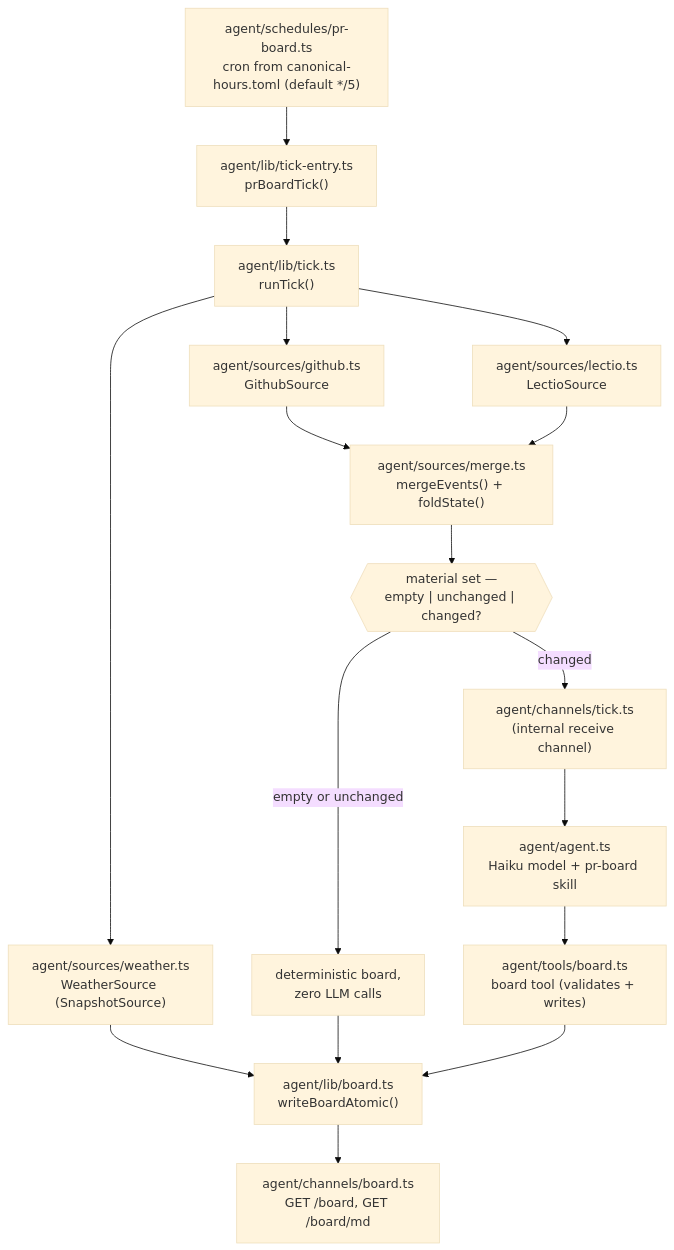
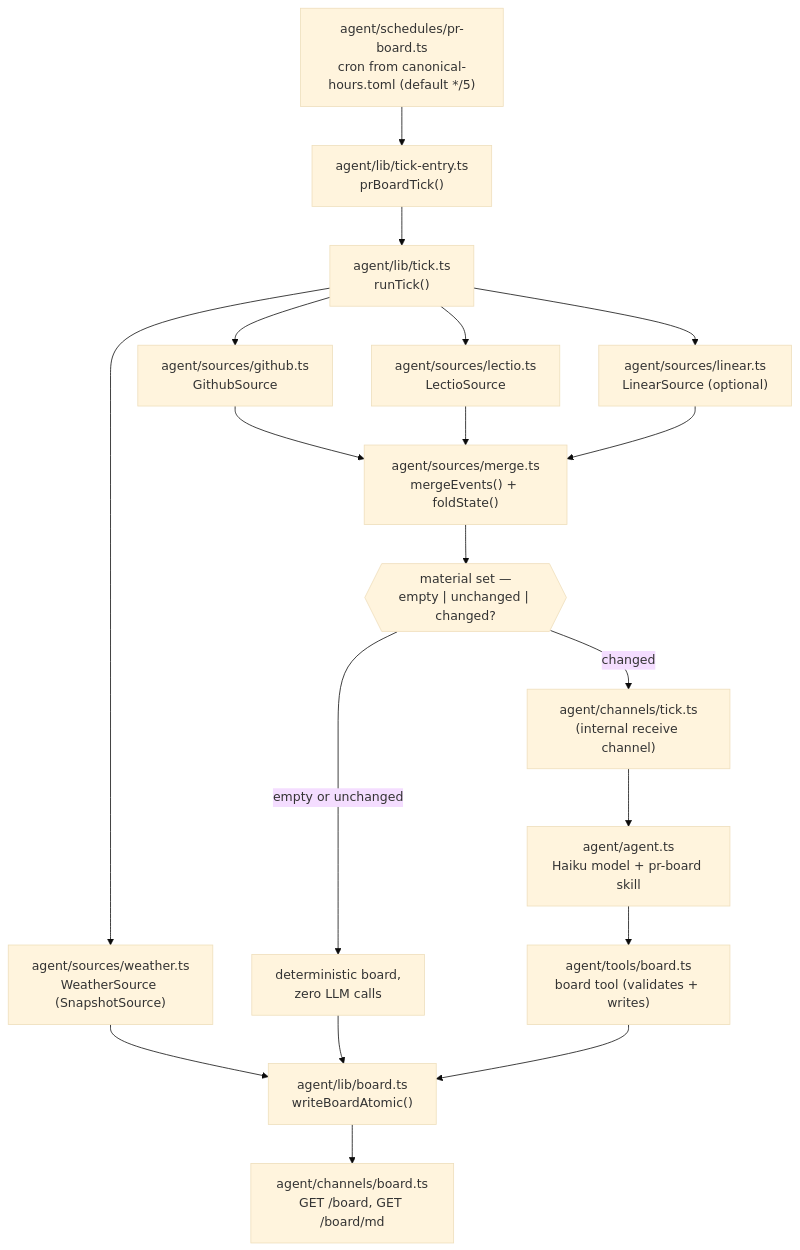
The first of 2 diagrams in docs/ARCHITECTURE.md (agentic-research/canonical-hours), drawn with Mermaid (base theme) before and after one commit. The commit also changed other lines of this file and 2 other files, not shown here.

Commit message:
[canonical-hours-5a05eb] docs: document Linear as a fourth board data source (not a second board)

````diff
--- a/docs/ARCHITECTURE.md
+++ b/docs/ARCHITECTURE.md
@@ -15,32 +16,35 @@
 ```mermaid
 graph TB
     CRON["agent/schedules/pr-board.ts<br/>cron from canonical-hours.toml (default */5)"]
     ENTRY["agent/lib/tick-entry.ts<br/>prBoardTick()"]
     TICK["agent/lib/tick.ts<br/>runTick()"]
 
     GH["agent/sources/github.ts<br/>GithubSource"]
     LEC["agent/sources/lectio.ts<br/>LectioSource"]
+    LIN["agent/sources/linear.ts<br/>LinearSource (optional)"]
     MERGE["agent/sources/merge.ts<br/>mergeEvents() + foldState()"]
     SNAP["agent/sources/weather.ts<br/>WeatherSource (SnapshotSource)"]
 
     QUIET{{"material set —<br/>empty | unchanged | changed?"}}
     TEMPLATE["deterministic board,\nzero LLM calls"]
     CHAN["agent/channels/tick.ts<br/>(internal receive channel)"]
     HAIKU["agent/agent.ts<br/>Haiku model + pr-board skill"]
     TOOL["agent/tools/board.ts<br/>board tool (validates + writes)"]
 
     BOARDLIB["agent/lib/board.ts<br/>writeBoardAtomic()"]
     HTTP["agent/channels/board.ts<br/>GET /board, GET /board/md"]
 
     CRON --> ENTRY --> TICK
     TICK --> GH
     TICK --> LEC
+    TICK --> LIN
     TICK --> SNAP
     GH --> MERGE
     LEC --> MERGE
+    LIN --> MERGE
     MERGE --> QUIET
     SNAP --> BOARDLIB
     QUIET -->|empty or unchanged| TEMPLATE --> BOARDLIB
     QUIET -->|changed| CHAN --> HAIKU --> TOOL --> BOARDLIB
     BOARDLIB --> HTTP
 ```
````
